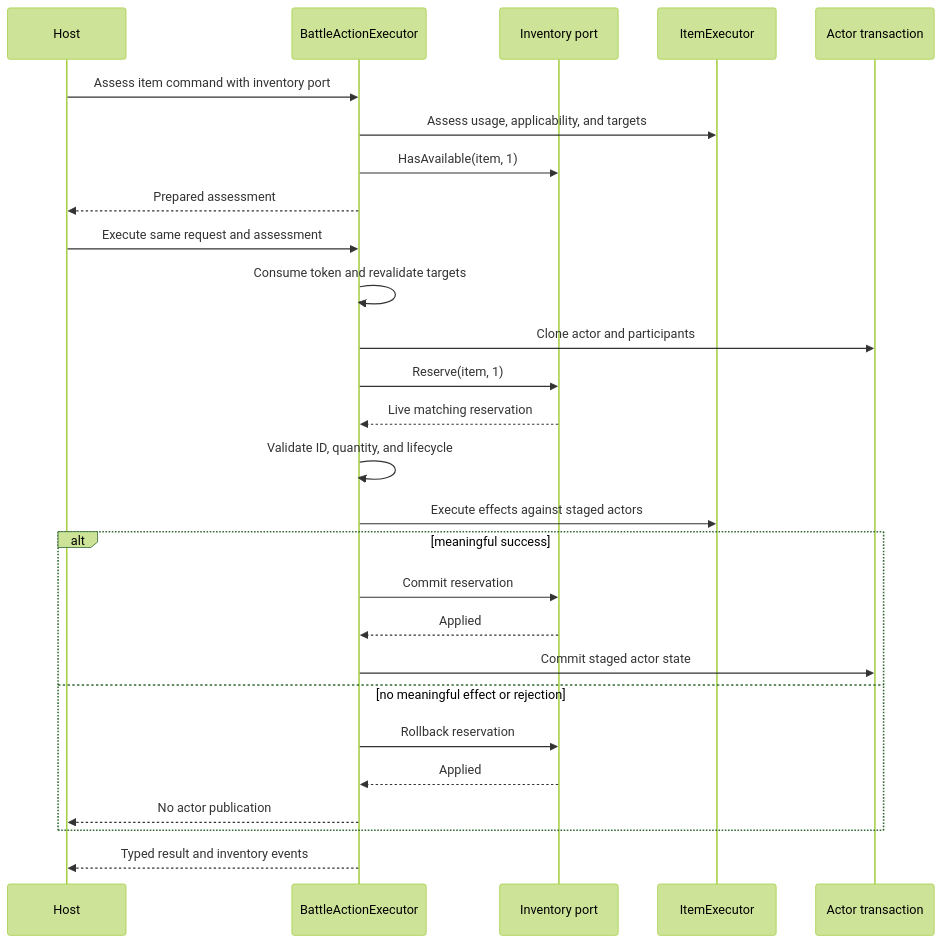
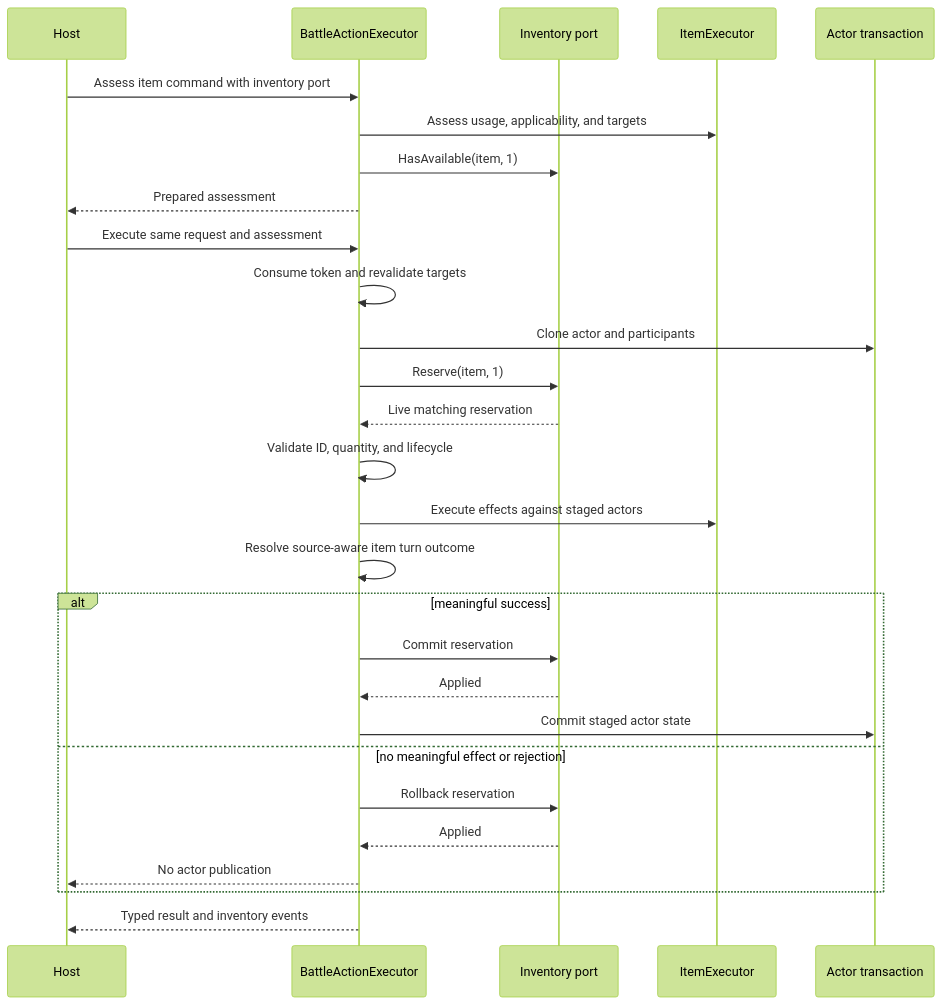
One commit to KayelC/Convergence changed the second of 2 diagrams in docs/technical/typed-action-and-effect-execution.md. Above: the diagram before and after it, drawn with Mermaid (forest theme). The commit also changed other lines of this file and 19 other files, not shown here.

````diff
--- a/docs/technical/typed-action-and-effect-execution.md
+++ b/docs/technical/typed-action-and-effect-execution.md
@@ -118,30 +118,31 @@
 ```mermaid
 sequenceDiagram
     participant H as Host
     participant B as BattleActionExecutor
     participant I as Inventory port
     participant X as ItemExecutor
     participant T as Actor transaction
 
     H->>B: Assess item command with inventory port
     B->>X: Assess usage, applicability, and targets
     B->>I: HasAvailable(item, 1)
     B-->>H: Prepared assessment
     H->>B: Execute same request and assessment
     B->>B: Consume token and revalidate targets
     B->>T: Clone actor and participants
     B->>I: Reserve(item, 1)
     I-->>B: Live matching reservation
     B->>B: Validate ID, quantity, and lifecycle
     B->>X: Execute effects against staged actors
+    B->>B: Resolve source-aware item turn outcome
     alt meaningful success
         B->>I: Commit reservation
         I-->>B: Applied
         B->>T: Commit staged actor state
     else no meaningful effect or rejection
         B->>I: Rollback reservation
         I-->>B: Applied
         B-->>H: No actor publication
     end
     B-->>H: Typed result and inventory events
 ```
````
